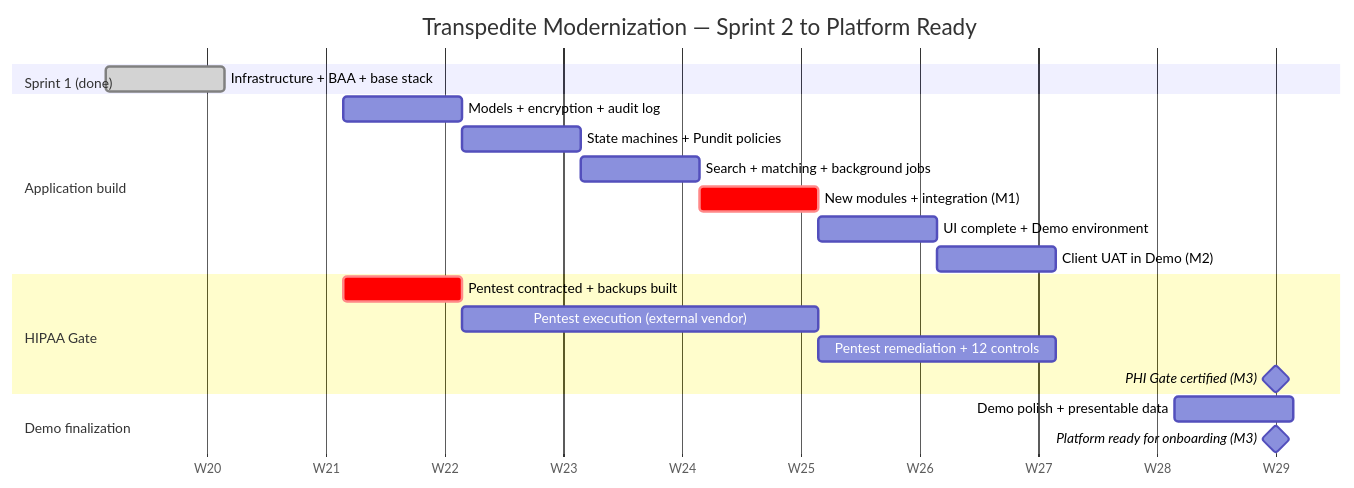
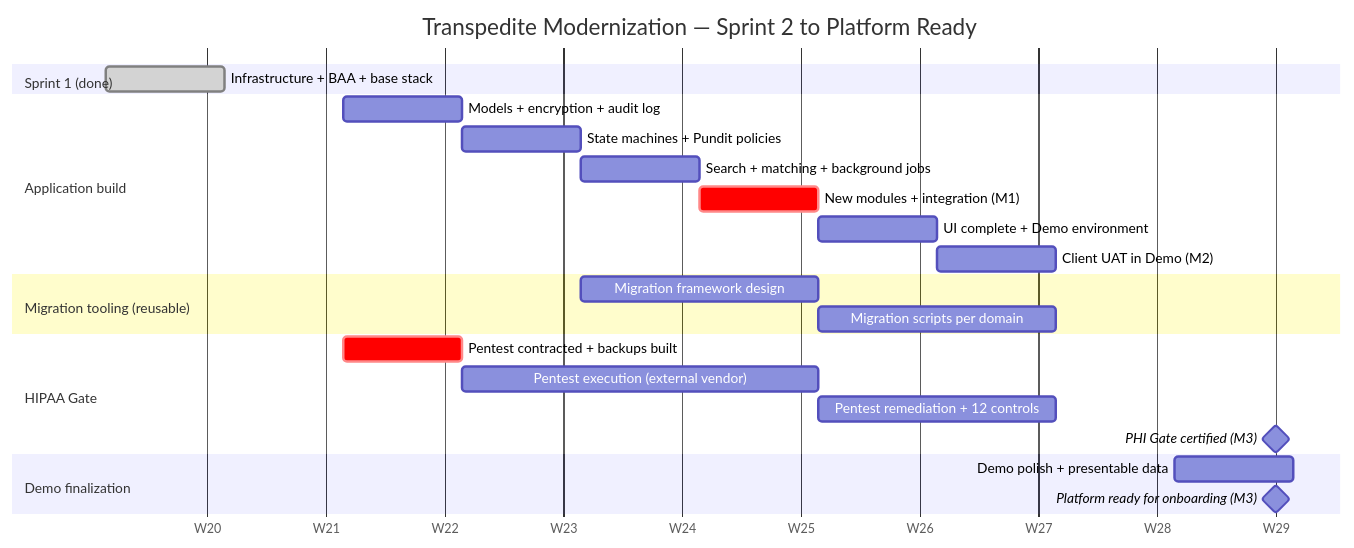
Before and after one commit to Tucan-Talent/transpedite-architecture: the diagram in work-plan.md, drawn with Mermaid. The commit also changed other lines of this file and 1 other file, not shown here.

````diff
--- a/work-plan.md
+++ b/work-plan.md
@@ -69,27 +87,31 @@
 ```mermaid
 gantt
     title Transpedite Modernization — Sprint 2 to Platform Ready
     dateFormat YYYY-MM-DD
     axisFormat W%V
 
     section Sprint 1 (done)
     Infrastructure + BAA + base stack        :done, s1, 2026-05-11, 1w
 
     section Application build
     Models + encryption + audit log          :a1, 2026-05-25, 1w
     State machines + Pundit policies         :a2, after a1, 1w
     Search + matching + background jobs      :a3, after a2, 1w
     New modules + integration (M1)           :crit, a4, after a3, 1w
     UI complete + Demo environment           :a5, after a4, 1w
     Client UAT in Demo (M2)                  :a6, after a5, 1w
 
+    section Migration tooling (reusable)
+    Migration framework design               :b1, 2026-06-08, 2w
+    Migration scripts per domain             :b2, after b1, 2w
+
     section HIPAA Gate
     Pentest contracted + backups built       :crit, c1, 2026-05-25, 1w
     Pentest execution (external vendor)      :c2, after c1, 3w
     Pentest remediation + 12 controls        :c3, after c2, 2w
     PHI Gate certified (M3)                  :milestone, c4, 2026-07-19, 0d
 
     section Demo finalization
     Demo polish + presentable data           :d1, 2026-07-13, 1w
     Platform ready for onboarding (M3)       :milestone, d2, 2026-07-19, 0d
 ```
````
